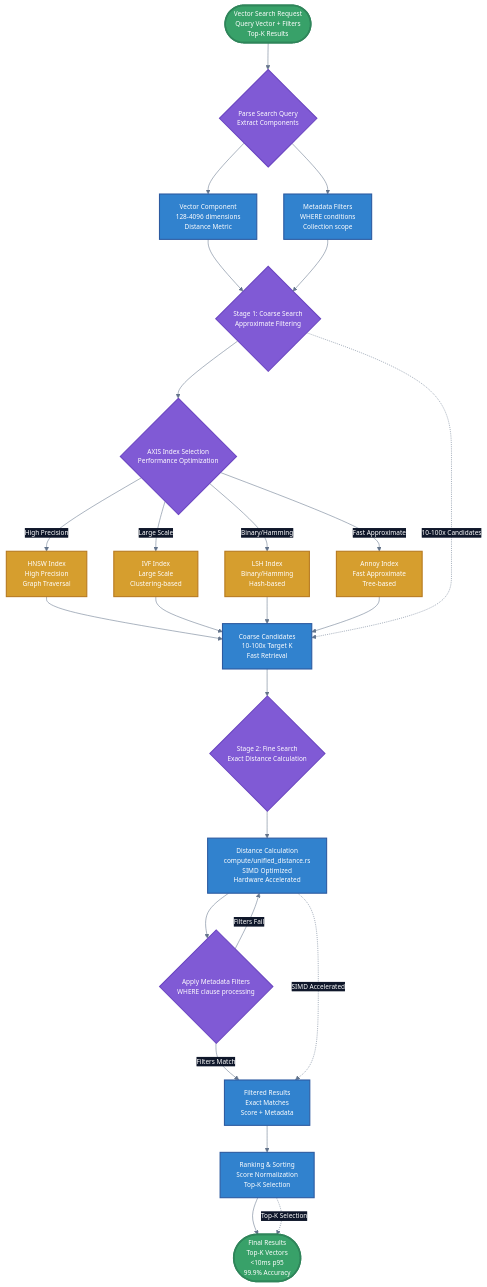
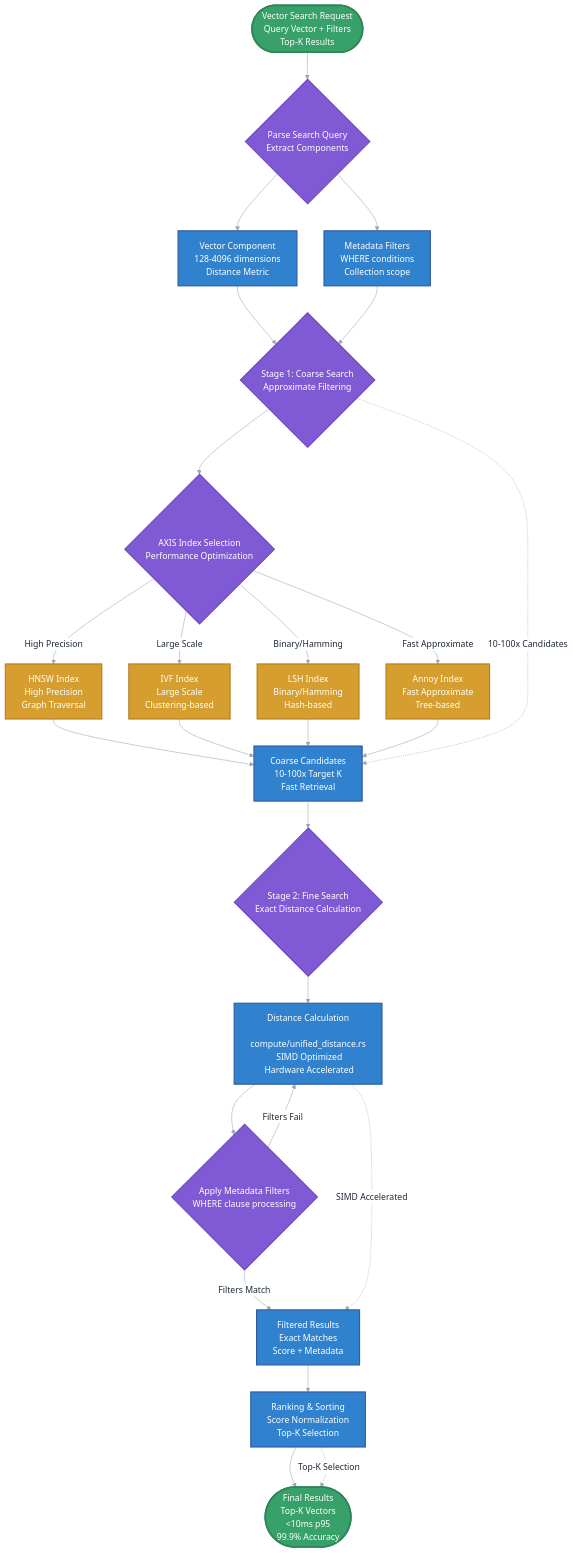
One commit to vjsingh1984/proximaDB changed the diagram in docs/diagrams/two-stage-search.mmd. Above: the diagram before and after it, drawn with Mermaid. The commit also changed 21 other files, not shown here.

First line of the commit message:
refactor: update diagrams to reflect current codebase naming

```diff
--- a/docs/diagrams/two-stage-search.mmd
+++ b/docs/diagrams/two-stage-search.mmd
@@ -1,87 +1,87 @@
-%%{init: {'theme':'base', 'themeVariables': { 'primaryColor':'#1e293b', 'primaryTextColor':'#ffffff', 'primaryBorderColor':'#334155', 'lineColor':'#64748b', 'fontSize':'12px', 'fontFamily':'Inter, -apple-system, sans-serif', 'secondaryColor':'#0f172a', 'tertiaryColor':'#1e40af', 'background':'transparent', 'mainBkg':'#f8fafc', 'secondBkg':'#e2e8f0' }}}%%
+%%{init: {'theme':'neutral', 'themeVariables': {'primaryColor':'#3b82f6','primaryTextColor':'#1f2937','primaryBorderColor':'#6b7280','lineColor':'#9ca3af','secondaryColor':'#10b981','tertiaryColor':'#f59e0b','background':'transparent','mainBkg':'#f3f4f6','secondBkg':'#e5e7eb','textColor':'#1f2937'}}}%%
 flowchart TD
     %% Input Stage
     Start([ Vector Search Request<br/> Query Vector + Filters<br/> Top-K Results])
     
     %% Query Processing
     QueryParse{ Parse Search Query<br/> Extract Components}
     VectorQuery[Vector Component<br/> 128-4096 dimensions<br/> Distance Metric]
     MetadataFilter[Metadata Filters<br/> WHERE conditions<br/> Collection scope]
     
     %% Stage 1: Coarse Search
     Stage1{ Stage 1: Coarse Search<br/> Approximate Filtering}
     
     %% Index Selection
     IndexSelect{ AXIS Index Selection<br/> Performance Optimization}
     HNSW[ HNSW Index<br/> High Precision<br/> Graph Traversal]
     IVF[ IVF Index<br/> Large Scale<br/> Clustering-based]
     LSH[ LSH Index<br/> Binary/Hamming<br/> Hash-based]
     Annoy[ Annoy Index<br/> Fast Approximate<br/> Tree-based]
     
     %% Coarse Results
     CoarseResults[ Coarse Candidates<br/> 10-100x Target K<br/> Fast Retrieval]
     
     %% Stage 2: Fine Search  
     Stage2{ Stage 2: Fine Search<br/> Exact Distance Calculation}
     
     %% Distance Computation
     DistanceCalc[ Distance Calculation<br/> compute/unified_distance.rs<br/> SIMD Optimized<br/> Hardware Accelerated]
     
     %% Metadata Application
     MetadataApply{ Apply Metadata Filters<br/> WHERE clause processing}
     FilteredResults[ Filtered Results<br/> Exact Matches<br/> Score + Metadata]
     
     %% Final Processing
     RankingSort[ Ranking & Sorting<br/> Score Normalization<br/> Top-K Selection]
     
     %% Output
     FinalResults([ Final Results<br/> Top-K Vectors<br/> <10ms p95<br/> 99.9% Accuracy])
     
     %% Flow Connections
     Start --> QueryParse
     QueryParse --> VectorQuery
     QueryParse --> MetadataFilter
     
     VectorQuery --> Stage1
     MetadataFilter --> Stage1
     
     Stage1 --> IndexSelect
     
     %% Index Selection Branches
     IndexSelect -->|High Precision| HNSW
     IndexSelect -->|Large Scale| IVF  
     IndexSelect -->|Binary/Hamming| LSH
     IndexSelect -->|Fast Approximate| Annoy
     
     HNSW --> CoarseResults
     IVF --> CoarseResults
     LSH --> CoarseResults
     Annoy --> CoarseResults
     
     CoarseResults --> Stage2
     Stage2 --> DistanceCalc
     DistanceCalc --> MetadataApply
     
     MetadataApply -->|Filters Match| FilteredResults
     MetadataApply -->|Filters Fail| DistanceCalc
     
     FilteredResults --> RankingSort
     RankingSort --> FinalResults
     
     %% Performance Annotations
     Stage1 -.->|"10-100x Candidates"| CoarseResults
     DistanceCalc -.->|"SIMD Accelerated"| FilteredResults
     RankingSort -.->|"Top-K Selection"| FinalResults
     
     %% Decision Styling
     classDef startStyle fill:#38a169,stroke:#2f855a,stroke-width:3px,color:#ffffff
     classDef processStyle fill:#3182ce,stroke:#2c5aa0,stroke-width:2px,color:#ffffff
     classDef decisionStyle fill:#805ad5,stroke:#6b46c1,stroke-width:2px,color:#ffffff
     classDef indexStyle fill:#d69e2e,stroke:#b7791f,stroke-width:2px,color:#ffffff
     classDef resultStyle fill:#e53e3e,stroke:#c53030,stroke-width:2px,color:#ffffff
     classDef endStyle fill:#38b2ac,stroke:#319795,stroke-width:3px,color:#ffffff
     
     class Start,FinalResults startStyle
     class VectorQuery,MetadataFilter,CoarseResults,DistanceCalc,FilteredResults,RankingSort processStyle
     class QueryParse,Stage1,Stage2,IndexSelect,MetadataApply decisionStyle
     class HNSW,IVF,LSH,Annoy indexStyle
```
